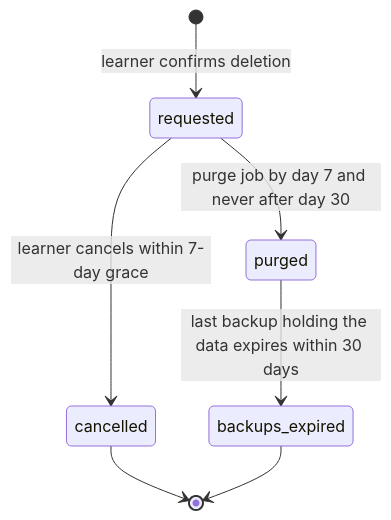
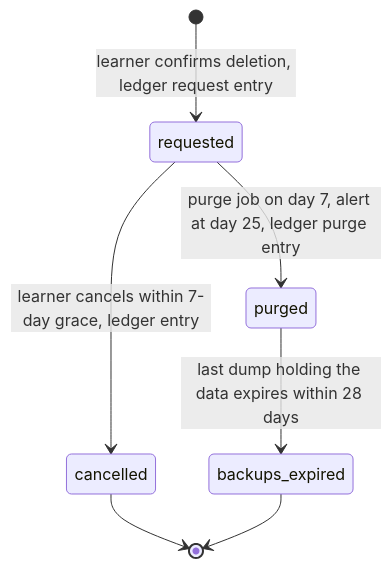
Before and after one commit to GhanshyamSoni68/app_idea: the second of 2 diagrams in devstep/docs/09-security-privacy-ops.md, drawn with Mermaid. The commit also changed other lines of this file, not shown here.

````diff
--- a/devstep/docs/09-security-privacy-ops.md
+++ b/devstep/docs/09-security-privacy-ops.md
@@ -421,9 +427,9 @@
 ```mermaid
 stateDiagram-v2
-  [*] --> requested: learner confirms deletion
-  requested --> cancelled: learner cancels within 7-day grace
-  requested --> purged: purge job by day 7 and never after day 30
-  purged --> backups_expired: last backup holding the data expires within 30 days
+  [*] --> requested: learner confirms deletion, ledger request entry
+  requested --> cancelled: learner cancels within 7-day grace, ledger entry
+  requested --> purged: purge job on day 7, alert at day 25, ledger purge entry
+  purged --> backups_expired: last dump holding the data expires within 28 days
   cancelled --> [*]
   backups_expired --> [*]
 ```
````
